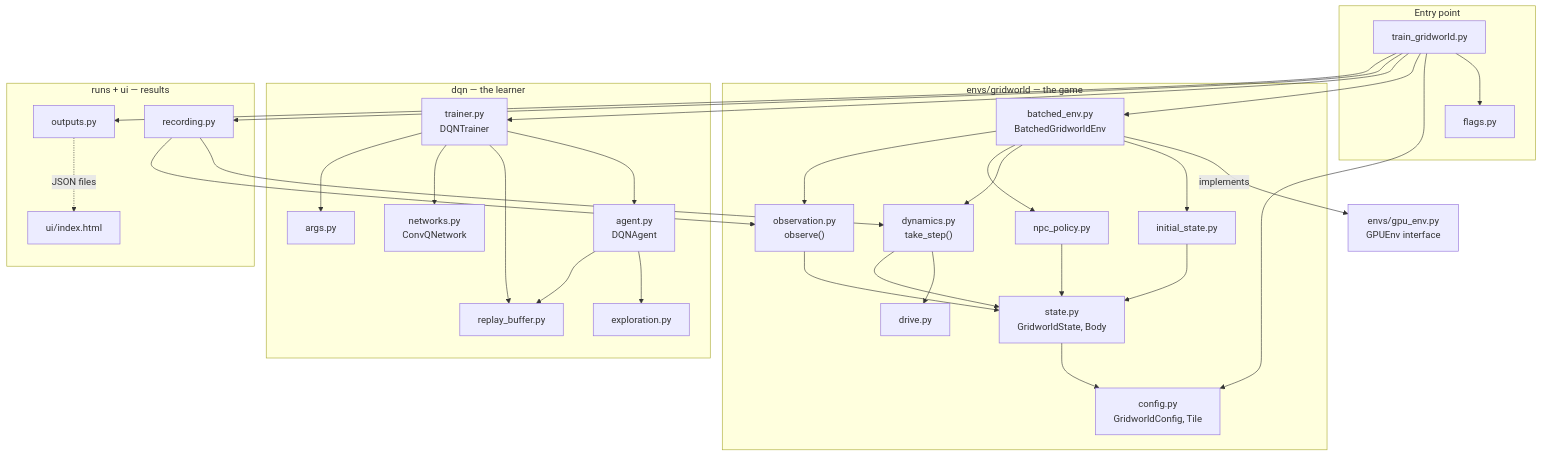
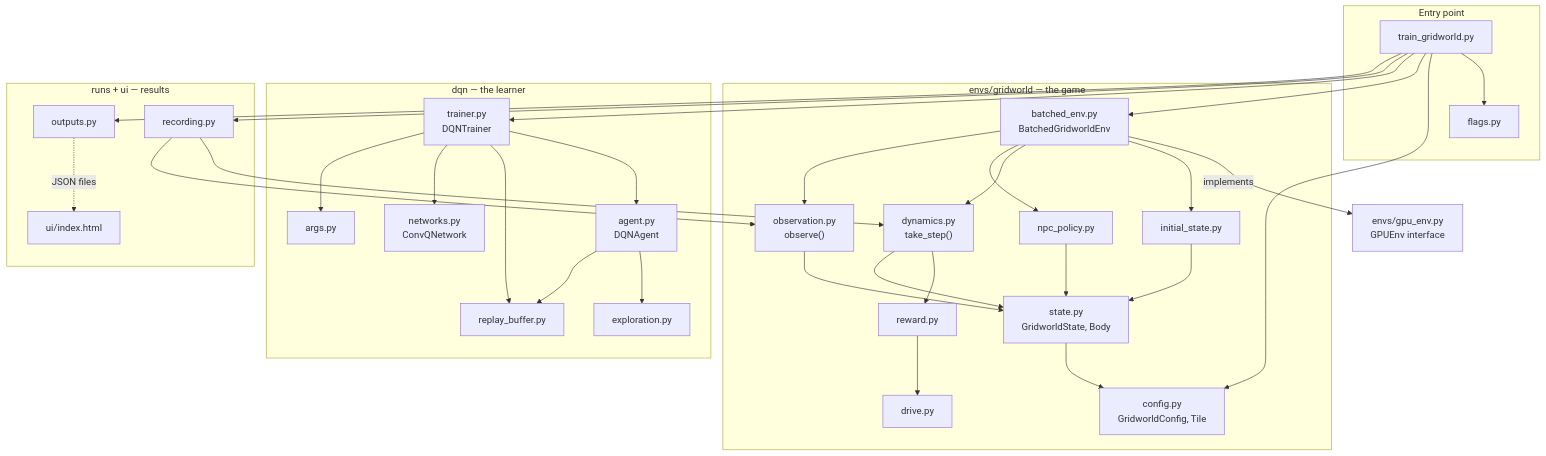
Before and after one commit to arena-v9/homeostasis: the fifth of 9 diagrams in README.md, drawn with Mermaid. The commit also changed other lines of this file and 15 other files, not shown here.

````diff
--- a/README.md
+++ b/README.md
@@ -316,65 +331,67 @@
 ```mermaid
 flowchart TB
     subgraph entry["Entry point"]
         TRAIN["train_gridworld.py"]
         FLAGS["flags.py"]
     end
 
     subgraph env["envs/gridworld — the game"]
         CONFIG["config.py<br/>GridworldConfig, Tile"]
         STATE["state.py<br/>GridworldState, Body"]
         INIT["initial_state.py"]
         DYN["dynamics.py<br/>take_step()"]
+        REWARD["reward.py"]
         DRIVE["drive.py"]
         NPCP["npc_policy.py"]
         OBSV["observation.py<br/>observe()"]
         BENV["batched_env.py<br/>BatchedGridworldEnv"]
     end
 
     GPUENV["envs/gpu_env.py<br/>GPUEnv interface"]
 
     subgraph dqn["dqn — the learner"]
         TRAINER["trainer.py<br/>DQNTrainer"]
         AGENT["agent.py<br/>DQNAgent"]
         BUF["replay_buffer.py"]
         NET["networks.py<br/>ConvQNetwork"]
         EXP["exploration.py"]
         ARGS["args.py"]
     end
 
     subgraph out["runs + ui — results"]
         REC["recording.py"]
         OUTS["outputs.py"]
         UI["ui/index.html"]
     end
 
     TRAIN --> FLAGS
     TRAIN --> CONFIG
     TRAIN --> BENV
     TRAIN --> TRAINER
     TRAIN --> REC
     TRAIN --> OUTS
 
     BENV -- implements --> GPUENV
     BENV --> INIT
     BENV --> DYN
     BENV --> NPCP
     BENV --> OBSV
-    DYN --> DRIVE
+    DYN --> REWARD
+    REWARD --> DRIVE
     DYN --> STATE
     INIT --> STATE
     NPCP --> STATE
     OBSV --> STATE
     STATE --> CONFIG
 
     TRAINER --> AGENT
     TRAINER --> BUF
     TRAINER --> NET
     TRAINER --> ARGS
     AGENT --> EXP
     AGENT --> BUF
 
     REC --> DYN
     REC --> OBSV
     OUTS -. "JSON files" .-> UI
 ```
````
